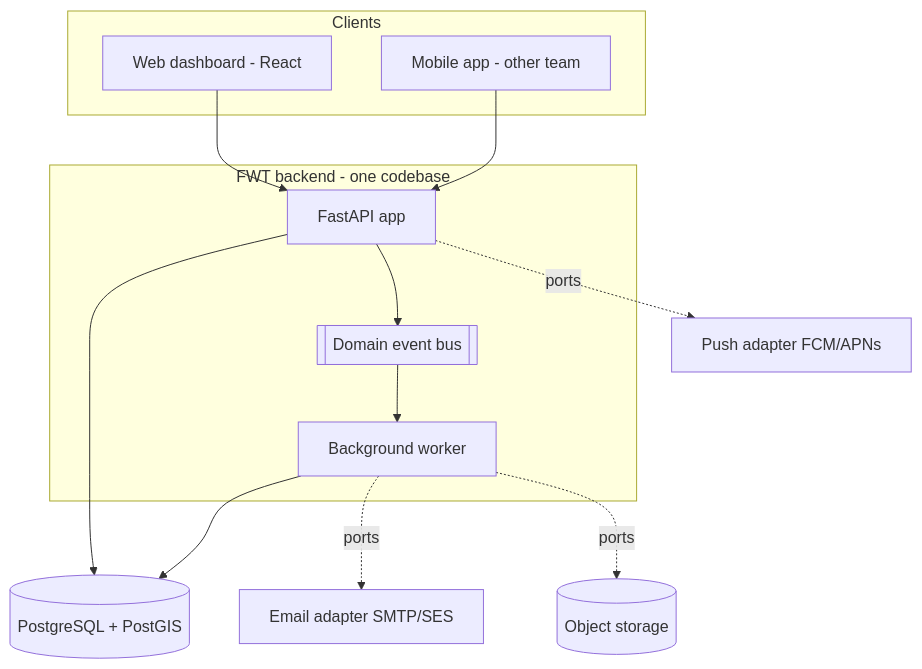
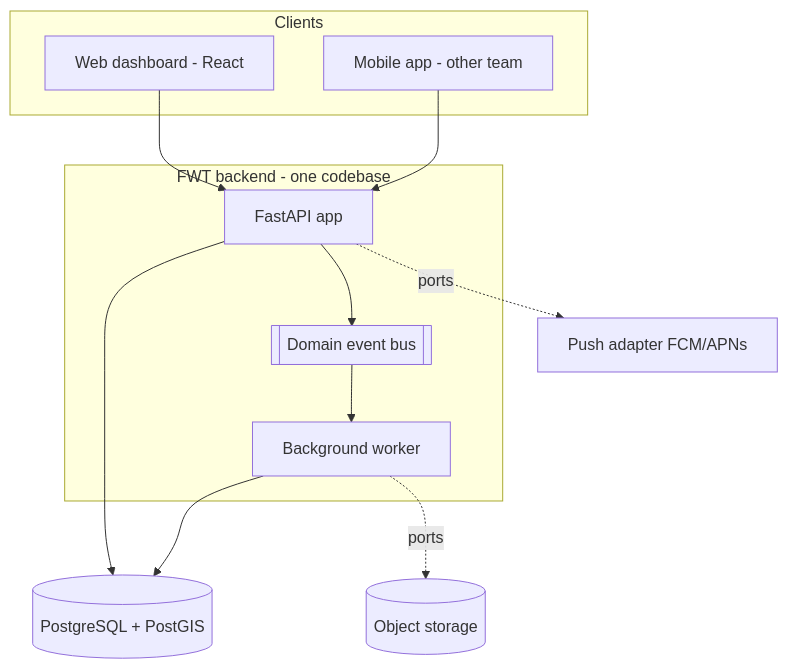
Before and after one commit to eberjohns/field-worker-tracker: the diagram in docs/13-architecture.md, drawn with Mermaid. The commit also changed other lines of this file and 49 other files, not shown here.

````diff
--- a/docs/13-architecture.md
+++ b/docs/13-architecture.md
@@ -6,22 +6,21 @@
 ```mermaid
 flowchart TB
   subgraph Clients
     W[Web dashboard - React]
     M[Mobile app - other team]
   end
   subgraph Backend[FWT backend - one codebase]
     API[FastAPI app]
     WK[Background worker]
     BUS[[Domain event bus]]
   end
   DB[(PostgreSQL + PostGIS)]
   FS[(Object storage)]
   W --> API
   M --> API
   API --> BUS --> WK
   API --> DB
   WK --> DB
   API -. ports .-> PUSH[Push adapter FCM/APNs]
-  WK -. ports .-> MAIL[Email adapter SMTP/SES]
   WK -. ports .-> FS
 ```
````
